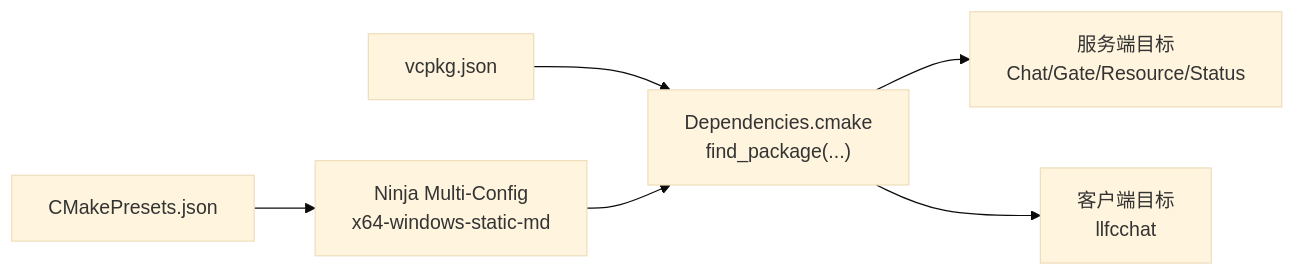
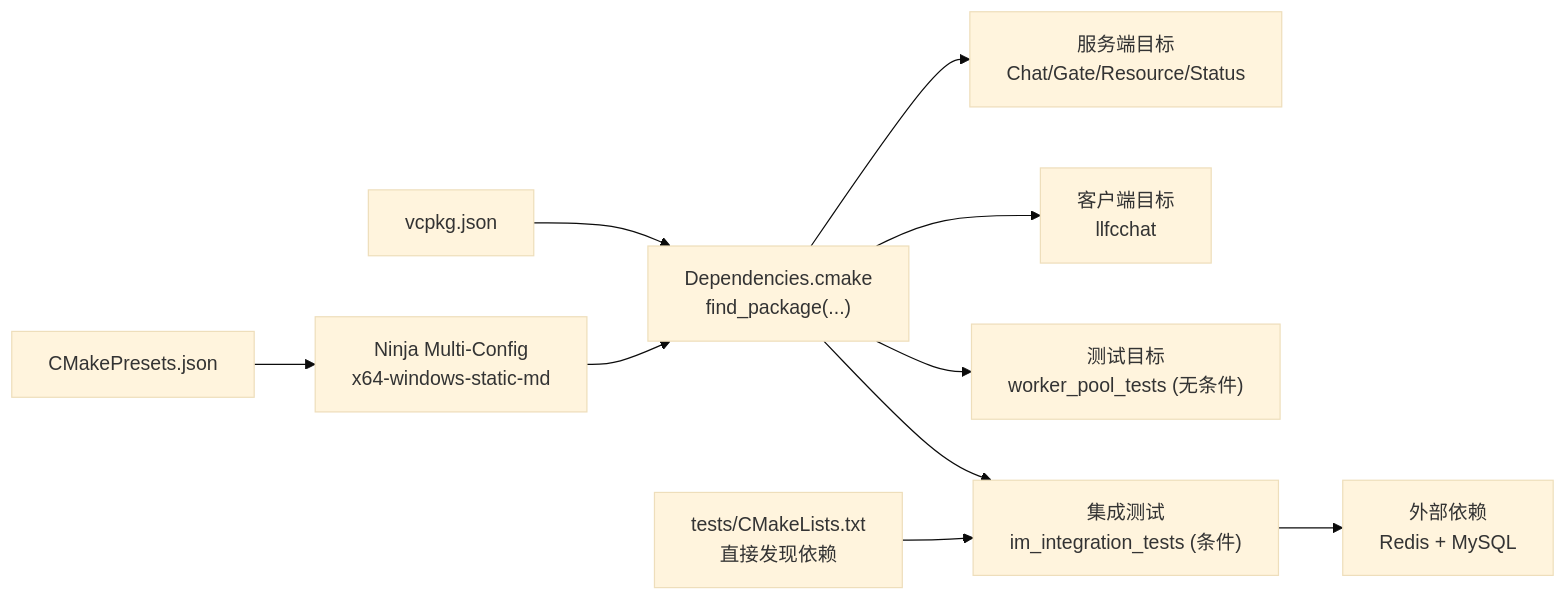
The fifth of 5 diagrams in .qoder/repowiki/zh/content/部署运维/服务部署/构建系统.md (echo9923/mychatter), drawn with Mermaid (base theme) before and after one commit. The commit also changed other lines of this file and 54 other files, not shown here.

````diff
--- a/.qoder/repowiki/zh/content/部署运维/服务部署/构建系统.md
+++ b/.qoder/repowiki/zh/content/部署运维/服务部署/构建系统.md
@@ -238,8 +326,12 @@
 ```mermaid
 graph LR
 V["vcpkg.json"] --> D["Dependencies.cmake<br/>find_package(...)"]
 D --> Srv["服务端目标<br/>Chat/Gate/Resource/Status"]
 D --> Cli["客户端目标<br/>llfcchat"]
+D --> Test["测试目标<br/>worker_pool_tests (无条件)"]
+D --> IntTest["集成测试<br/>im_integration_tests (条件)"]
+IT["tests/CMakeLists.txt<br/>直接发现依赖"] --> IntTest
 P["CMakePresets.json"] --> Gen["Ninja Multi-Config<br/>x64-windows-static-md"]
 Gen --> D
+IntTest --> Ext["外部依赖<br/>Redis + MySQL"]
 ```
````
